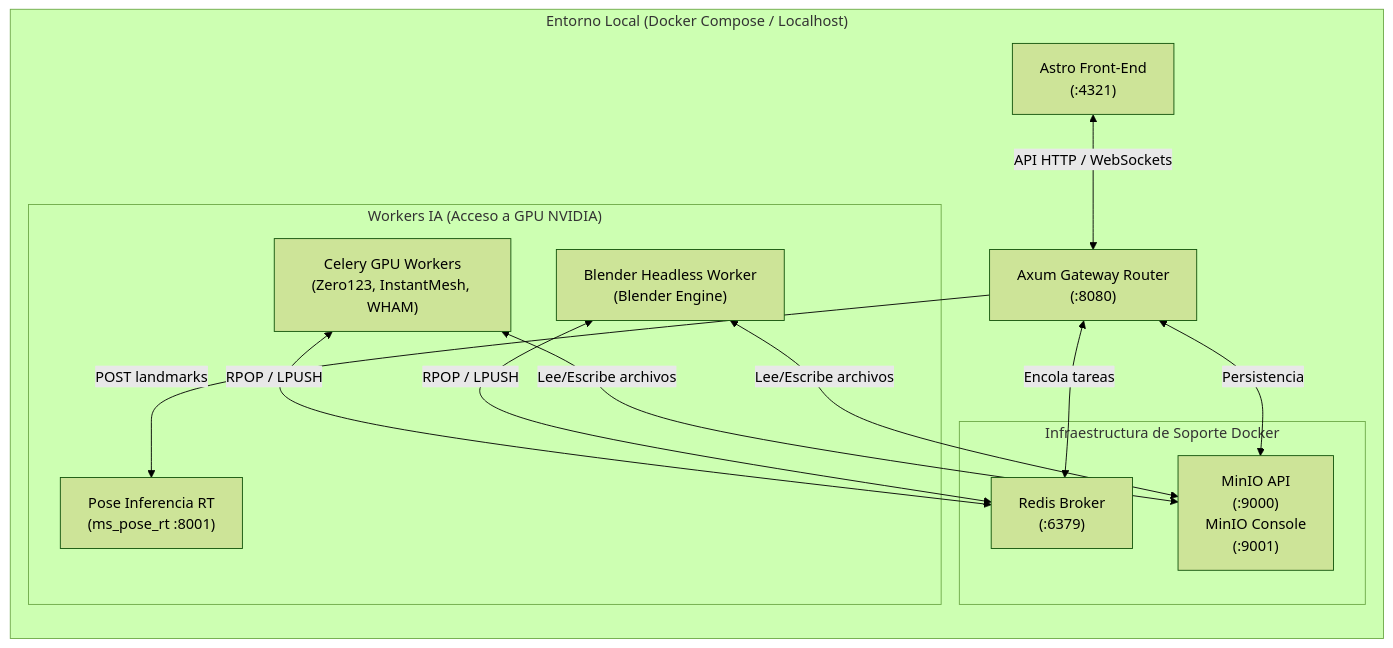
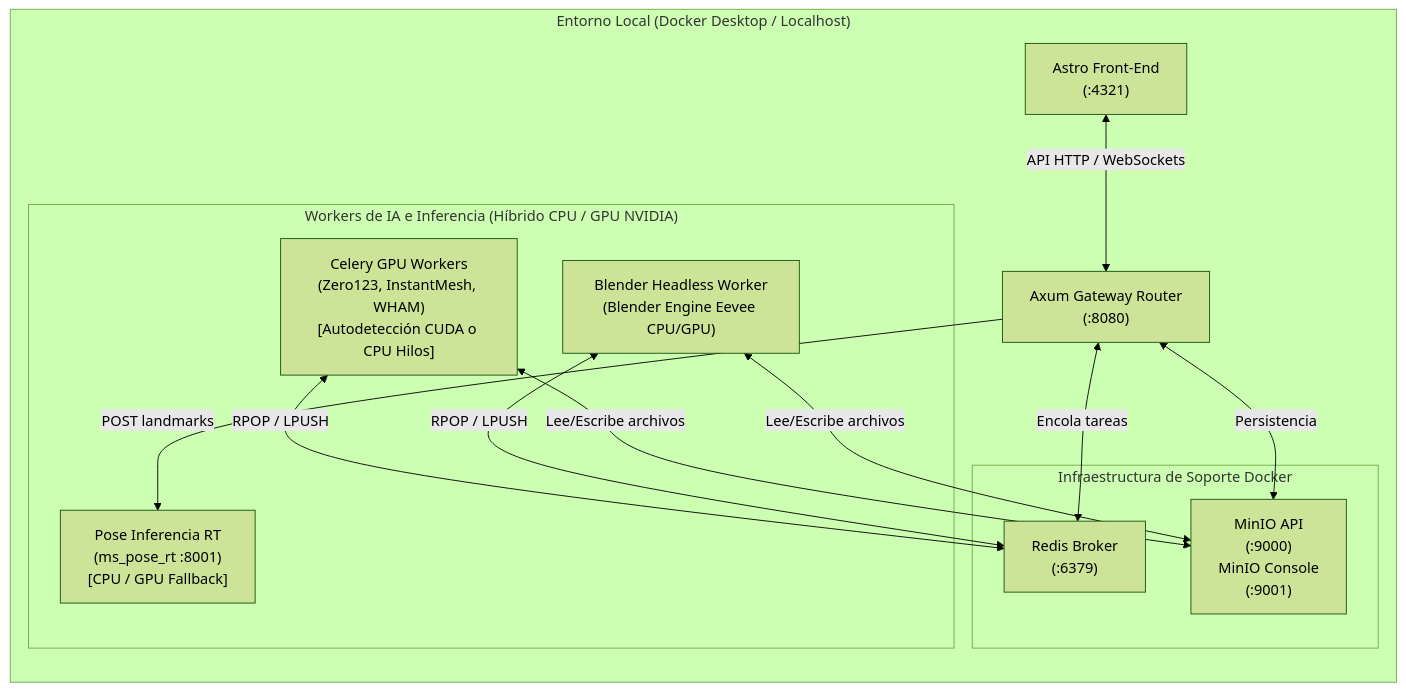
The fifth of 5 diagrams in docs/architecture/arquitectura_biorender.md (AlexPrietoRomani/BioRender), drawn with Mermaid (forest theme) before and after one commit. The commit also changed other lines of this file, not shown here.

Commit message:
docs(arch): update C4 deployment diagrams and add ADRs for hybrid CPU/GPU fallback

````diff
--- a/docs/architecture/arquitectura_biorender.md
+++ b/docs/architecture/arquitectura_biorender.md
@@ -180,29 +183,29 @@
 ```mermaid
 flowchart LR
-    subgraph Host_Desarrollo["Entorno Local (Docker Compose / Localhost)"]
+    subgraph Host_Desarrollo["Entorno Local (Docker Desktop / Localhost)"]
         direction TB
         
         FE_Astro["Astro Front-End\n(:4321)"]
         Rust_Gateway["Axum Gateway Router\n(:8080)"]
         
         subgraph Docker_Infra["Infraestructura de Soporte Docker"]
             Redis_Svc["Redis Broker\n(:6379)"]
             Minio_Svc["MinIO API\n(:9000)\nMinIO Console\n(:9001)"]
         end
         
-        subgraph Docker_IA_GPU["Workers IA (Acceso a GPU NVIDIA)"]
-            FastAPI_PoseRT["Pose Inferencia RT\n(ms_pose_rt :8001)"]
-            Celery_Workers["Celery GPU Workers\n(Zero123, InstantMesh, WHAM)"]
-            Blender_Headless["Blender Headless Worker\n(Blender Engine)"]
+        subgraph Docker_IA_Hibrido["Workers de IA e Inferencia (Híbrido CPU / GPU NVIDIA)"]
+            FastAPI_PoseRT["Pose Inferencia RT\n(ms_pose_rt :8001)\n[CPU / GPU Fallback]"]
+            Celery_Workers["Celery GPU Workers\n(Zero123, InstantMesh, WHAM)\n[Autodetección CUDA o CPU Hilos]"]
+            Blender_Headless["Blender Headless Worker\n(Blender Engine Eevee CPU/GPU)"]
         end
     end
 
     %% Conexiones de flujo locales
     FE_Astro <-->|API HTTP / WebSockets| Rust_Gateway
     Rust_Gateway <-->|Encola tareas| Redis_Svc
     Rust_Gateway <-->|Persistencia| Minio_Svc
     Rust_Gateway -->|POST landmarks| FastAPI_PoseRT
     
     Celery_Workers & Blender_Headless <-->|RPOP / LPUSH| Redis_Svc
     Celery_Workers & Blender_Headless <-->|Lee/Escribe archivos| Minio_Svc
 ```
````
